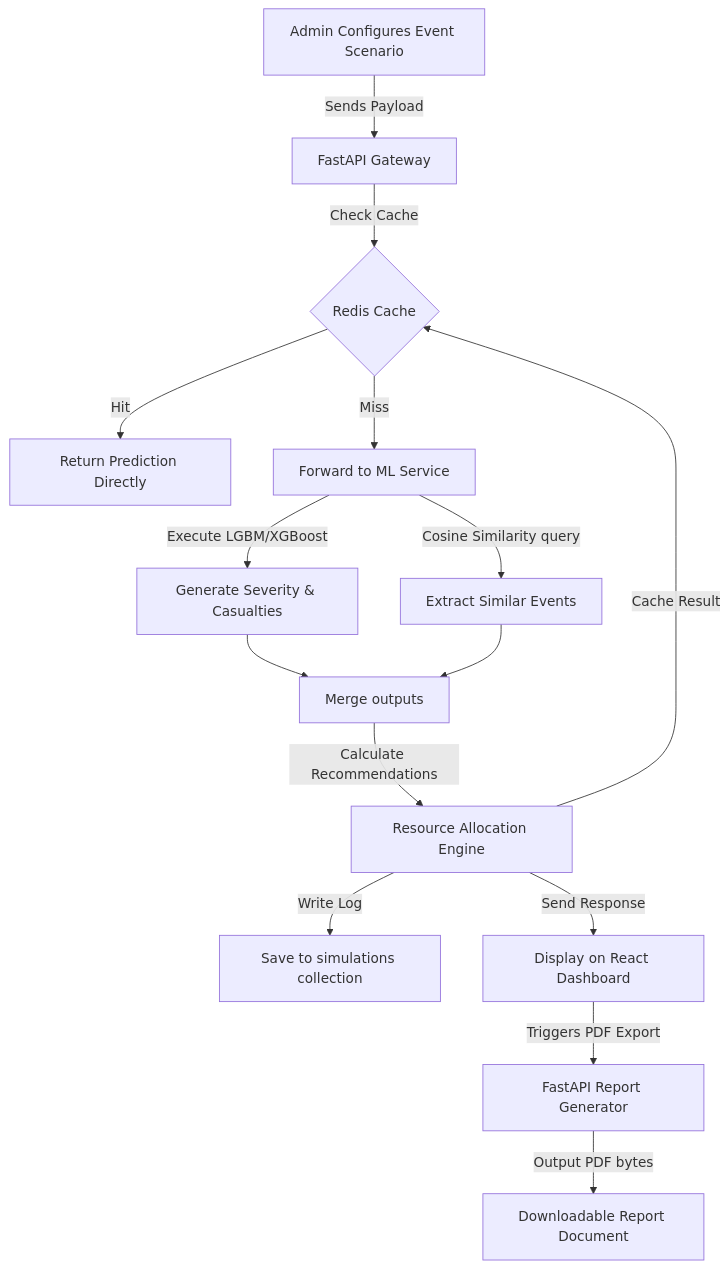
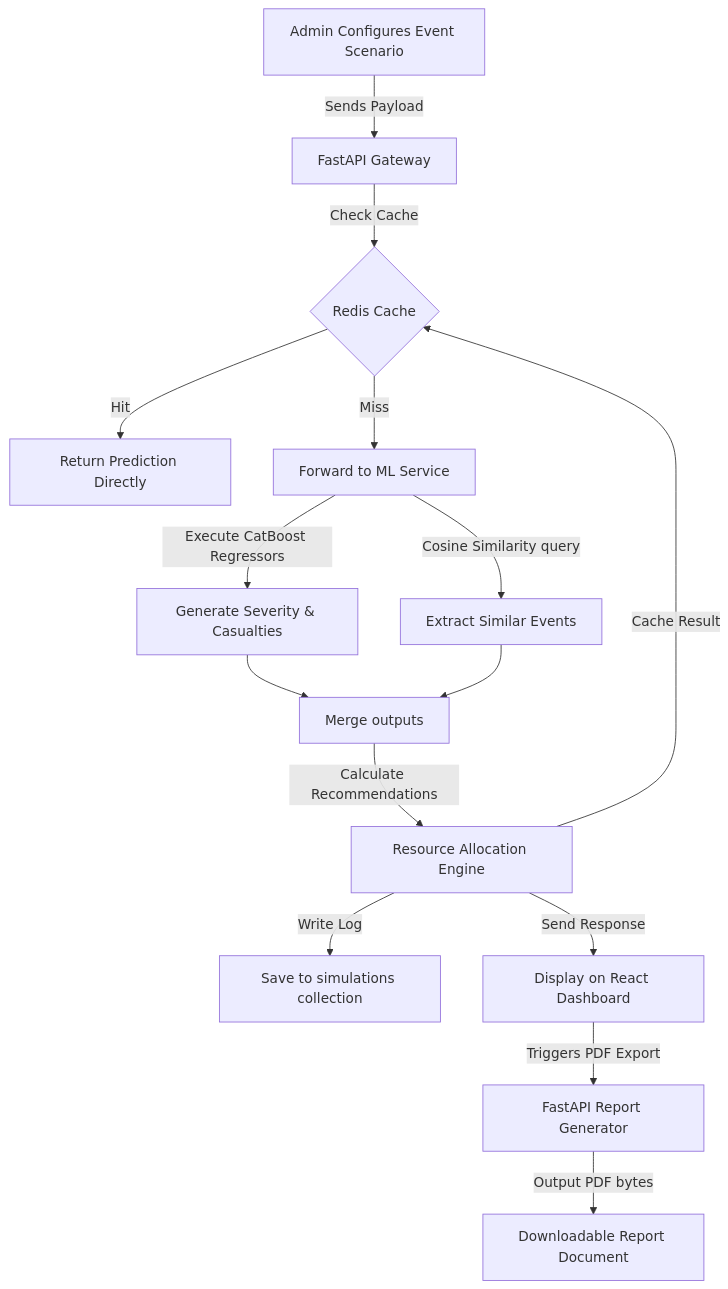
One commit to ahana4banerjee/AI-Disaster-Orchastrator changed the fourth of 8 diagrams in ARCHITECTURE.md. Above: the diagram before and after it, drawn with Mermaid. The commit also changed other lines of this file and 2 other files, not shown here.

Commit message:
docs: add ML architecture design documentation and update project architecture and roadmap accordingly

````diff
--- a/ARCHITECTURE.md
+++ b/ARCHITECTURE.md
@@ -319,17 +319,17 @@
 ```mermaid
 graph TD
     A[Admin Configures Event Scenario] -->|Sends Payload| B[FastAPI Gateway]
     B -->|Check Cache| C{Redis Cache}
     C -->|Hit| D[Return Prediction Directly]
     C -->|Miss| E[Forward to ML Service]
-    E -->|Execute LGBM/XGBoost| F[Generate Severity & Casualties]
+    E -->|Execute CatBoost Regressors| F[Generate Severity & Casualties]
     E -->|Cosine Similarity query| G[Extract Similar Events]
     F --> H[Merge outputs]
     G --> H
     H -->|Calculate Recommendations| I[Resource Allocation Engine]
     I -->|Cache Result| C
     I -->|Write Log| J[Save to simulations collection]
     I -->|Send Response| K[Display on React Dashboard]
     K -->|Triggers PDF Export| L[FastAPI Report Generator]
     L -->|Output PDF bytes| M[Downloadable Report Document]
 ```
````
